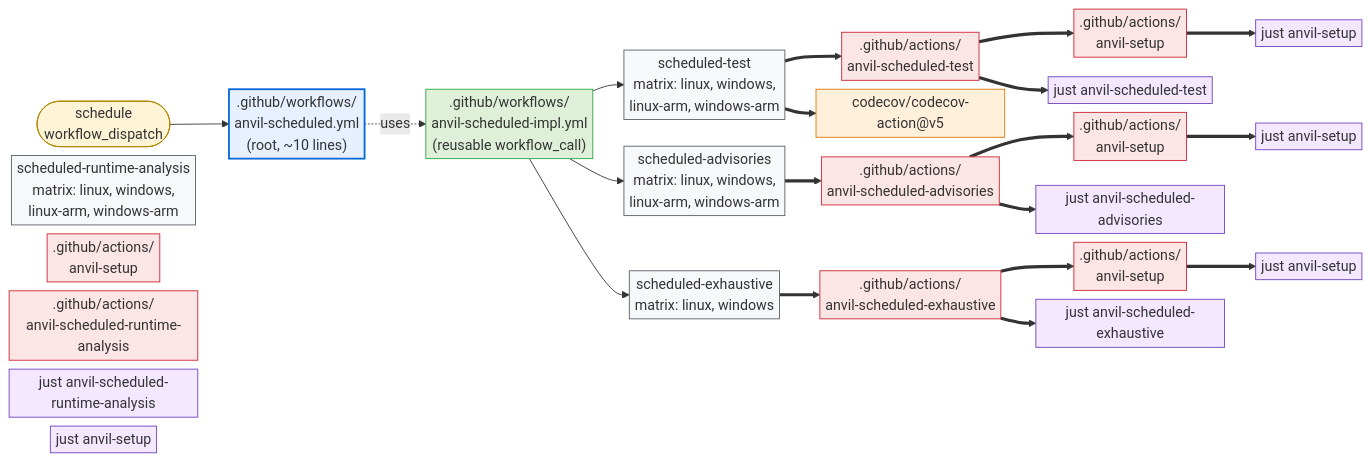
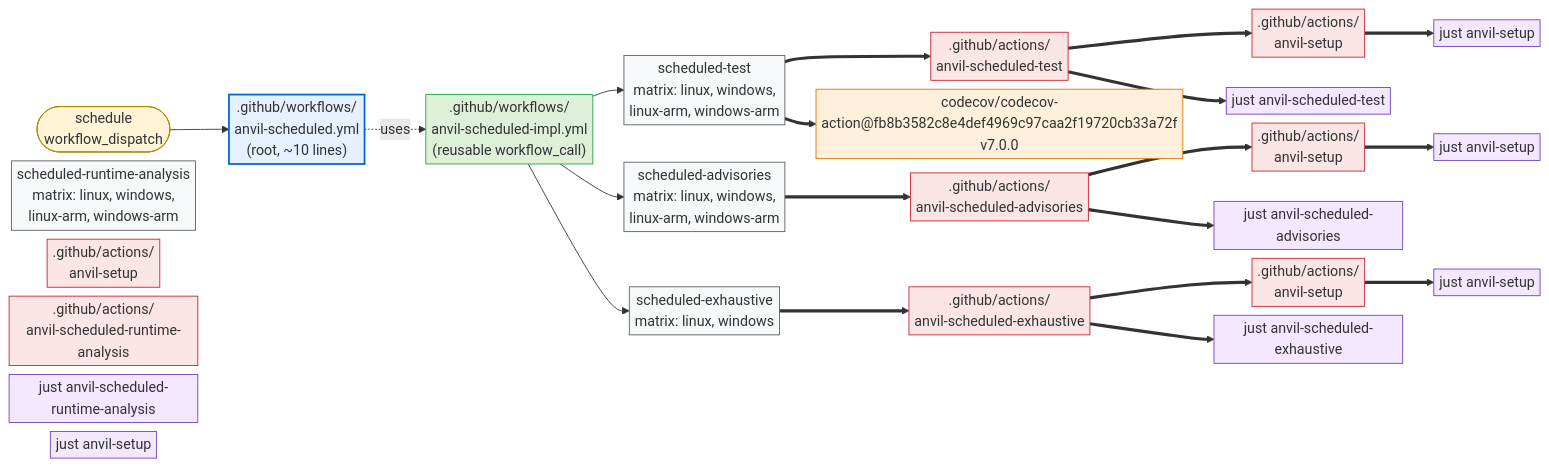
One commit to microsoft/ox-tools changed the second of 2 diagrams in crates/cargo-anvil/docs/design/github.md. Above: the diagram before and after it, drawn with Mermaid. The commit also changed other lines of this file and 130 other files, not shown here.

````diff
--- a/crates/cargo-anvil/docs/design/github.md
+++ b/crates/cargo-anvil/docs/design/github.md
@@ -121,58 +121,58 @@
 ```mermaid
 %%{init: {"flowchart": {"nodeSpacing": 10, "rankSpacing": 35, "padding": 3}, "themeVariables": {"fontSize": "16px"}}}%%
 flowchart LR
     sched_evt([schedule<br/>workflow_dispatch]):::trigger
     sched_root[".github/workflows/<br/>anvil-scheduled.yml<br/>(root, ~10 lines)"]:::root
     sched_impl[".github/workflows/<br/>anvil-scheduled-impl.yml<br/>(reusable workflow_call)"]:::impl
     stest_job["scheduled-test<br/>matrix: linux, windows,<br/>linux-arm, windows-arm"]:::job
     sadv_job["scheduled-advisories<br/>matrix: linux, windows,<br/>linux-arm, windows-arm"]:::job
     srun_job["scheduled-runtime-analysis<br/>matrix: linux, windows,<br/>linux-arm, windows-arm"]:::job
     sexh_job["scheduled-exhaustive<br/>matrix: linux, windows"]:::job
     stest_setup[".github/actions/<br/>anvil-setup"]:::action
     sadv_setup[".github/actions/<br/>anvil-setup"]:::action
     srun_setup[".github/actions/<br/>anvil-setup"]:::action
     sexh_setup[".github/actions/<br/>anvil-setup"]:::action
     stest_act[".github/actions/<br/>anvil-scheduled-test"]:::action
     sadv_act[".github/actions/<br/>anvil-scheduled-advisories"]:::action
     srun_act[".github/actions/<br/>anvil-scheduled-runtime-analysis"]:::action
     sexh_act[".github/actions/<br/>anvil-scheduled-exhaustive"]:::action
-    codecov_act["codecov/codecov-action@v5"]:::external
+    codecov_act["codecov/codecov-action@fb8b3582c8e4def4969c97caa2f19720cb33a72f<br/>v7.0.0"]:::external
     stest_just["just anvil-scheduled-test"]:::recipe
     stest_setup_just["just anvil-setup"]:::recipe
     sadv_just["just anvil-scheduled-advisories"]:::recipe
     sadv_setup_just["just anvil-setup"]:::recipe
     srun_just["just anvil-scheduled-runtime-analysis"]:::recipe
     srun_setup_just["just anvil-setup"]:::recipe
     sexh_just["just anvil-scheduled-exhaustive"]:::recipe
     sexh_setup_just["just anvil-setup"]:::recipe
 
     sched_evt --> sched_root
     sched_root -. uses .-> sched_impl
     sched_impl --> stest_job
     sched_impl --> sadv_job
     sched_impl --> sexh_job
 
     stest_job ==> stest_act
     stest_job ==> codecov_act
     sadv_job ==> sadv_act
     sexh_job ==> sexh_act
 
     stest_act ==> stest_setup
     stest_act ==> stest_just
     sadv_act ==> sadv_setup
     sadv_act ==> sadv_just
     sexh_act ==> sexh_setup
     sexh_act ==> sexh_just
 
     stest_setup ==> stest_setup_just
     sadv_setup ==> sadv_setup_just
     sexh_setup ==> sexh_setup_just
 
     classDef trigger fill:#fff4d6,stroke:#b08800,stroke-width:1px;
     classDef root fill:#e6f0ff,stroke:#0366d6,stroke-width:2px;
     classDef impl fill:#dff0d8,stroke:#28a745,stroke-width:1px;
     classDef job fill:#f6f8fa,stroke:#586069,stroke-width:1px;
     classDef action fill:#fce5e5,stroke:#cb2431,stroke-width:1px;
     classDef external fill:#fff0db,stroke:#d97706,stroke-width:1px;
     classDef recipe fill:#f3e8ff,stroke:#6f42c1,stroke-width:1px;
 ```
````
